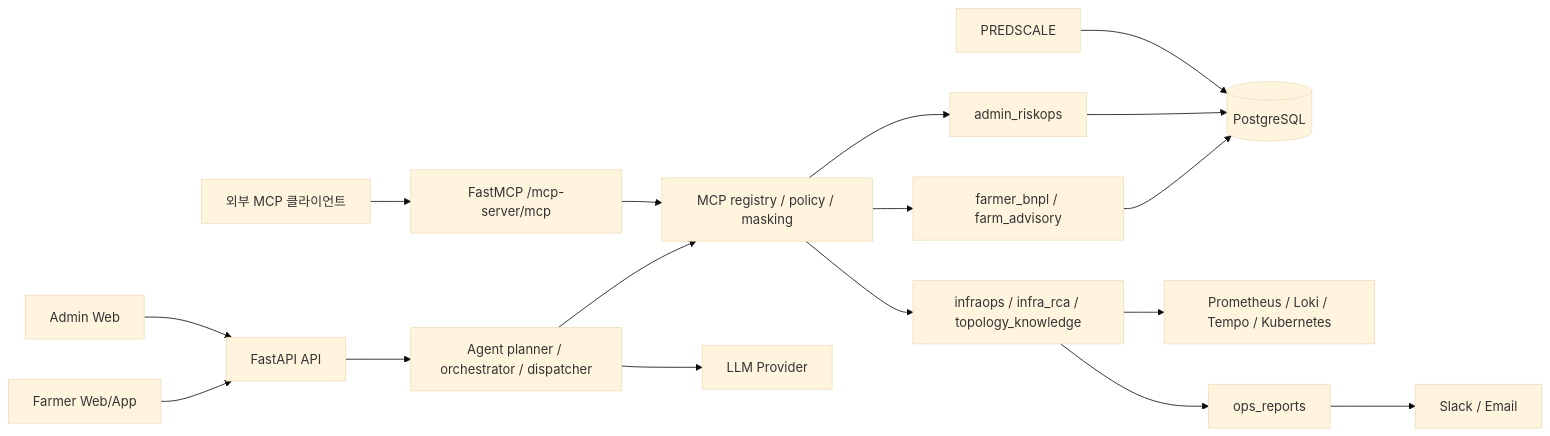
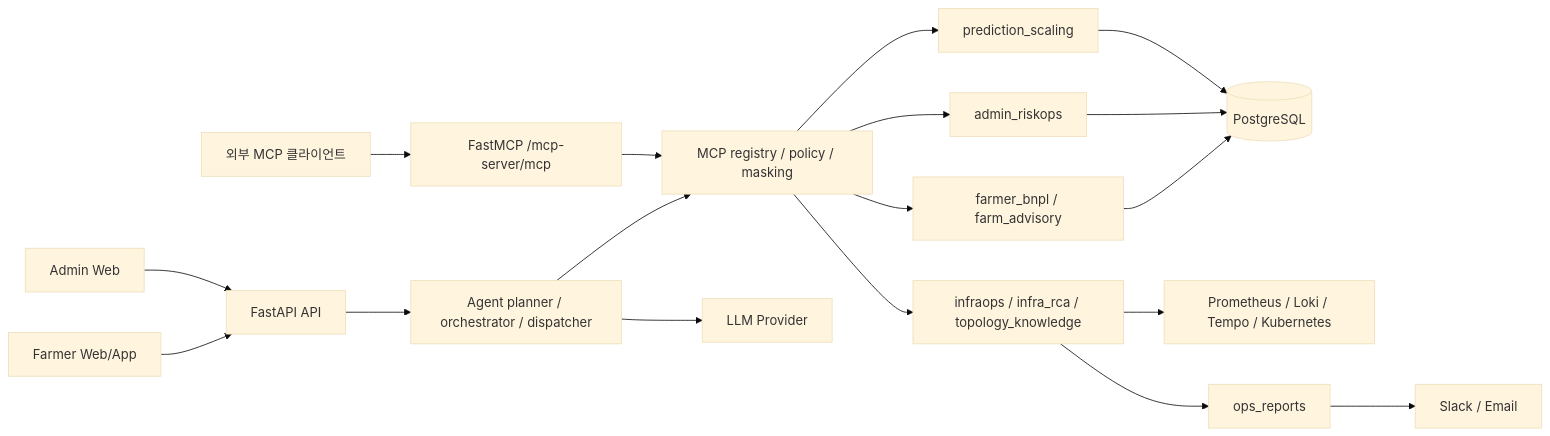
One commit to FISA-Agri-Pay/mcp-aiops-backend changed the first of 4 diagrams in README.md. Above: the diagram before and after it, drawn with Mermaid (base theme). The commit also changed other lines of this file and 1 other file, not shown here.

````diff
--- a/README.md
+++ b/README.md
@@ -69,23 +60,23 @@
 ```mermaid
 flowchart LR
     FARMER["Farmer Web/App"] --> API["FastAPI API"]
     ADMIN["Admin Web"] --> API
     MCPCLIENT["외부 MCP 클라이언트"] --> FASTMCP["FastMCP /mcp-server/mcp"]
 
     API --> AGENT["Agent planner / orchestrator / dispatcher"]
     AGENT --> REGISTRY["MCP registry / policy / masking"]
     FASTMCP --> REGISTRY
 
     REGISTRY --> FARMERBNPL["farmer_bnpl / farm_advisory"]
     REGISTRY --> RISKOPS["admin_riskops"]
     REGISTRY --> INFRAOPS["infraops / infra_rca / topology_knowledge"]
-  
+    REGISTRY --> PREDSCALE["prediction_scaling"]
 
     FARMERBNPL --> DB[("PostgreSQL")]
     RISKOPS --> DB
     PREDSCALE --> DB
     INFRAOPS --> OBS["Prometheus / Loki / Tempo / Kubernetes"]
     AGENT --> LLM["LLM Provider"]
     INFRAOPS --> OPSREPORT["ops_reports"]
     OPSREPORT --> NOTIFY["Slack / Email"]
 ```
````
